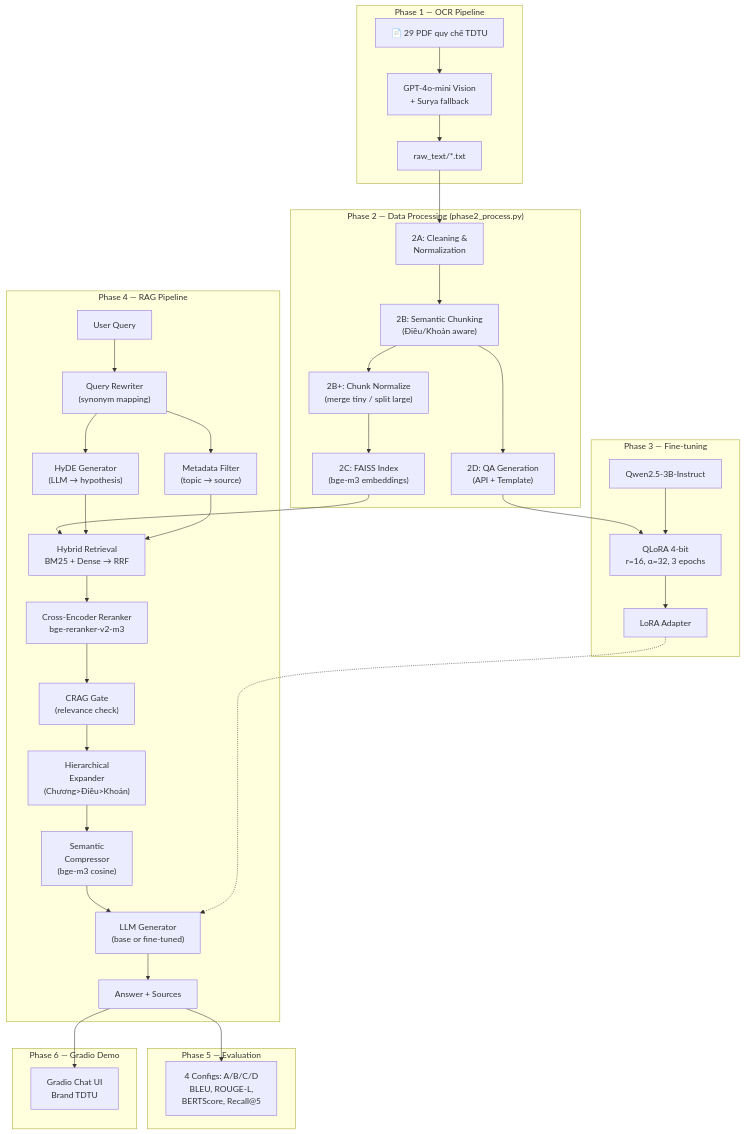
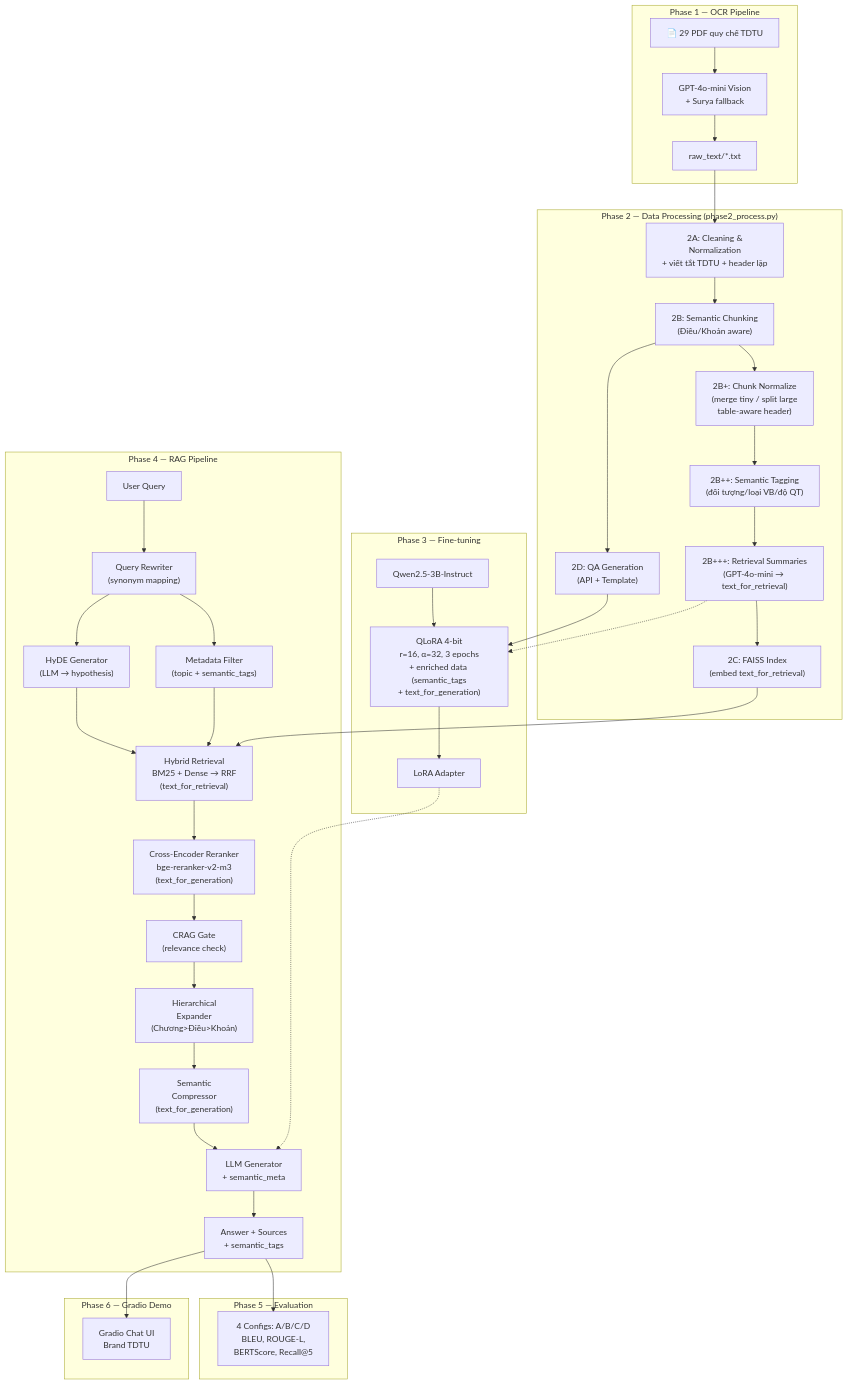
Before and after one commit to KwanFam26022005/tdtu-student-handbook-chatbot: the first of 2 diagrams in architecture.md, drawn with Mermaid. The commit also changed other lines of this file and 2 other files, not shown here.

````diff
--- a/architecture.md
+++ b/architecture.md
@@ -42,57 +44,60 @@
 ```mermaid
 flowchart TB
     subgraph Phase1["Phase 1 — OCR Pipeline"]
         PDF["📄 29 PDF quy chế TDTU"]
         OCR["GPT-4o-mini Vision\n+ Surya fallback"]
         RAW["raw_text/*.txt"]
         PDF --> OCR --> RAW
     end
 
     subgraph Phase2["Phase 2 — Data Processing (phase2_process.py)"]
-        CLEAN["2A: Cleaning &\nNormalization"]
+        CLEAN["2A: Cleaning &\nNormalization\n+ viết tắt TDTU + header lặp"]
         CHUNK["2B: Semantic Chunking\n(Điều/Khoản aware)"]
-        NORM["2B+: Chunk Normalize\n(merge tiny / split large)"]
-        FAISS["2C: FAISS Index\n(bge-m3 embeddings)"]
+        NORM["2B+: Chunk Normalize\n(merge tiny / split large\ntable-aware header)"]
+        STAG["2B++: Semantic Tagging\n(đối tượng/loại VB/độ QT)"]
+        SUMM["2B+++: Retrieval Summaries\n(GPT-4o-mini → text_for_retrieval)"]
+        FAISS["2C: FAISS Index\n(embed text_for_retrieval)"]
         QA["2D: QA Generation\n(API + Template)"]
-        RAW --> CLEAN --> CHUNK --> NORM --> FAISS
+        RAW --> CLEAN --> CHUNK --> NORM --> STAG --> SUMM --> FAISS
         CHUNK --> QA
     end
 
     subgraph Phase3["Phase 3 — Fine-tuning"]
         BASE["Qwen2.5-3B-Instruct"]
-        QLORA["QLoRA 4-bit\nr=16, α=32, 3 epochs"]
+        QLORA["QLoRA 4-bit\nr=16, α=32, 3 epochs\n+ enriched data (semantic_tags\n+ text_for_generation)"]
         LORA["LoRA Adapter"]
         QA --> QLORA
+        SUMM -.-> QLORA
         BASE --> QLORA --> LORA
     end
 
     subgraph Phase4["Phase 4 — RAG Pipeline"]
         QUERY["User Query"]
         REWRITE["Query Rewriter\n(synonym mapping)"]
         HYDE_BOX["HyDE Generator\n(LLM → hypothesis)"]
-        FILTER["Metadata Filter\n(topic → source)"]
-        HYBRID["Hybrid Retrieval\nBM25 + Dense → RRF"]
-        RERANK["Cross-Encoder Reranker\nbge-reranker-v2-m3"]
+        FILTER["Metadata Filter\n(topic + semantic_tags)"]
+        HYBRID["Hybrid Retrieval\nBM25 + Dense → RRF\n(text_for_retrieval)"]
+        RERANK["Cross-Encoder Reranker\nbge-reranker-v2-m3\n(text_for_generation)"]
         CRAG_BOX["CRAG Gate\n(relevance check)"]
         EXPAND["Hierarchical\nExpander\n(Chương>Điều>Khoản)"]
-        COMPRESS["Semantic\nCompressor\n(bge-m3 cosine)"]
-        GEN["LLM Generator\n(base or fine-tuned)"]
-        ANS["Answer + Sources"]
+        COMPRESS["Semantic\nCompressor\n(text_for_generation)"]
+        GEN["LLM Generator\n+ semantic_meta"]
+        ANS["Answer + Sources\n+ semantic_tags"]
         QUERY --> REWRITE --> FILTER
         REWRITE --> HYDE_BOX
         FAISS --> HYBRID
         HYDE_BOX --> HYBRID
         FILTER --> HYBRID --> RERANK --> CRAG_BOX --> EXPAND --> COMPRESS --> GEN --> ANS
         LORA -.-> GEN
     end
 
     subgraph Phase5["Phase 5 — Evaluation"]
         EVAL["4 Configs: A/B/C/D\nBLEU, ROUGE-L,\nBERTScore, Recall@5"]
         ANS --> EVAL
     end
 
     subgraph Phase6["Phase 6 — Gradio Demo"]
         UI["Gradio Chat UI\nBrand TDTU"]
         ANS --> UI
     end
 ```
````
